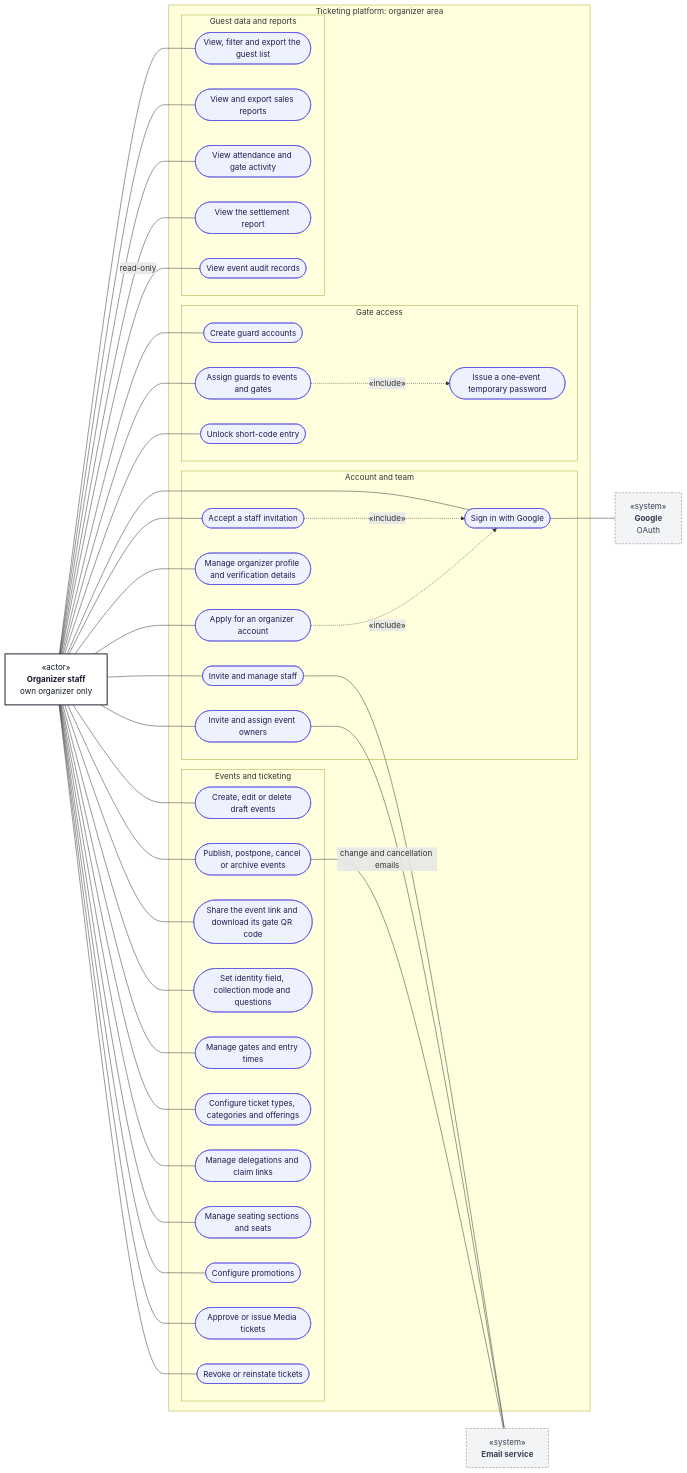
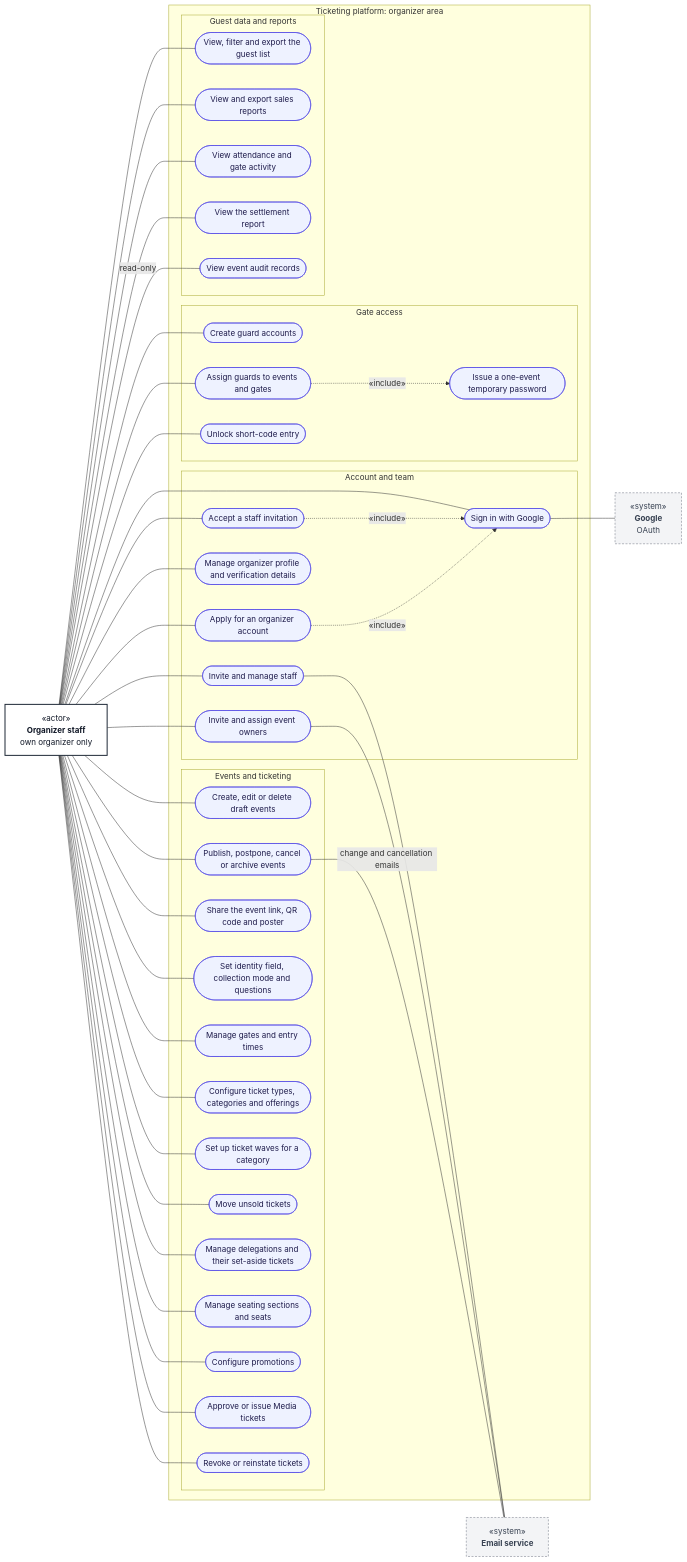
The diagram in doc/diagrams/use-cases/02-organizer-staff.md (kreativesahara/ticket), drawn with Mermaid before and after one commit. The commit also changed other lines of this file and 68 other files, not shown here.

Commit message:
docs: add comprehensive ERD, activity, and use-case diagrams along with supporting documentation and prompt updates

```diff
--- a/doc/diagrams/use-cases/02-organizer-staff.md
+++ b/doc/diagrams/use-cases/02-organizer-staff.md
@@ -26,11 +26,13 @@
         subgraph P2["Events and ticketing"]
             E1(["Create, edit or delete draft events"]):::usecase
             E2(["Publish, postpone, cancel or archive events"]):::usecase
-            E11(["Share the event link and download its gate QR code"]):::usecase
+            E11(["Share the event link, QR code and poster"]):::usecase
             E3(["Set identity field, collection mode and questions"]):::usecase
             E4(["Manage gates and entry times"]):::usecase
             E5(["Configure ticket types, categories and offerings"]):::usecase
-            E6(["Manage delegations and claim links"]):::usecase
+            E12(["Set up ticket waves for a category"]):::usecase
+            E13(["Move unsold tickets"]):::usecase
+            E6(["Manage delegations and their set-aside tickets"]):::usecase
             E7(["Manage seating sections and seats"]):::usecase
             E8(["Configure promotions"]):::usecase
             E9(["Approve or issue Media tickets"]):::usecase
@@ -66,6 +68,8 @@
     Staff --- E3
     Staff --- E4
     Staff --- E5
+    Staff --- E12
+    Staff --- E13
     Staff --- E6
     Staff --- E7
     Staff --- E8
```
